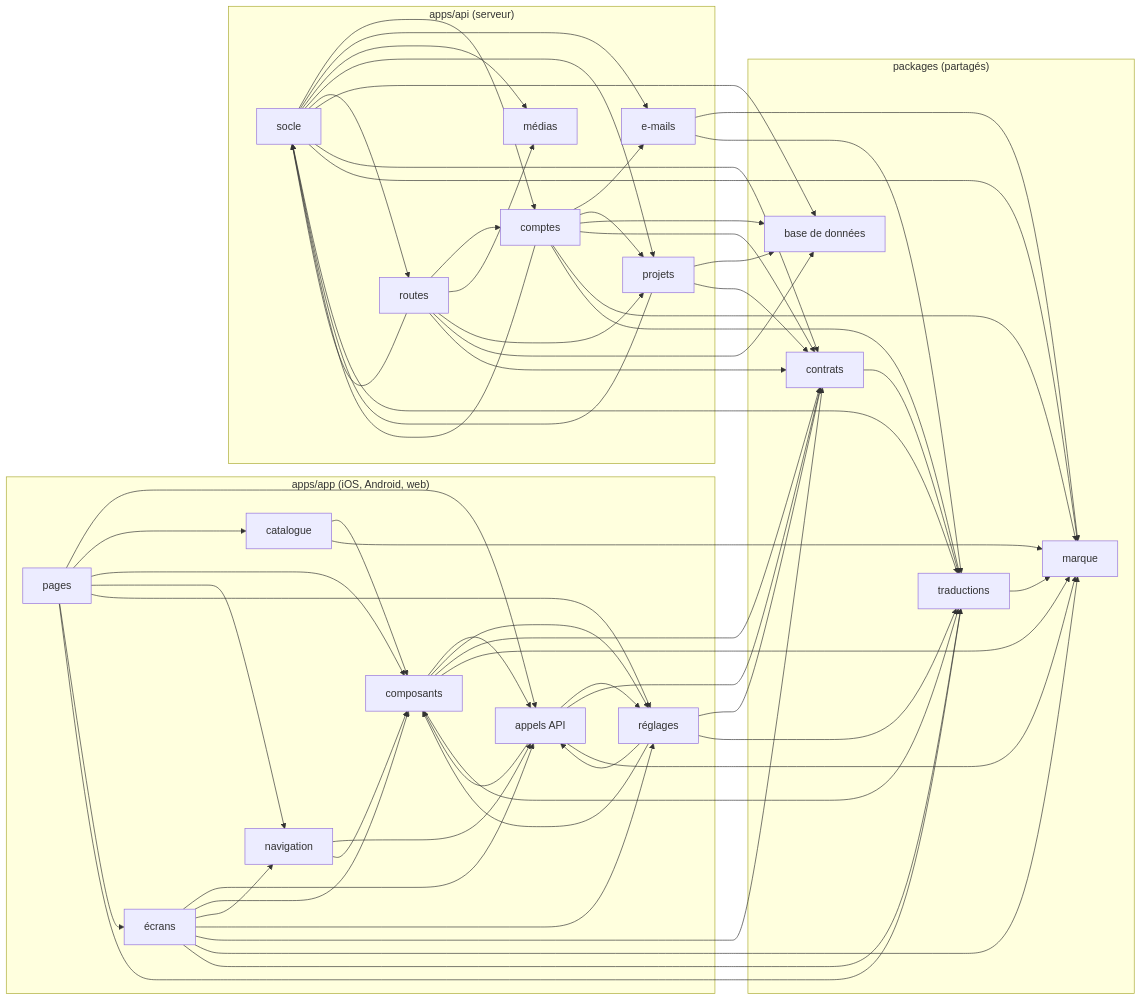
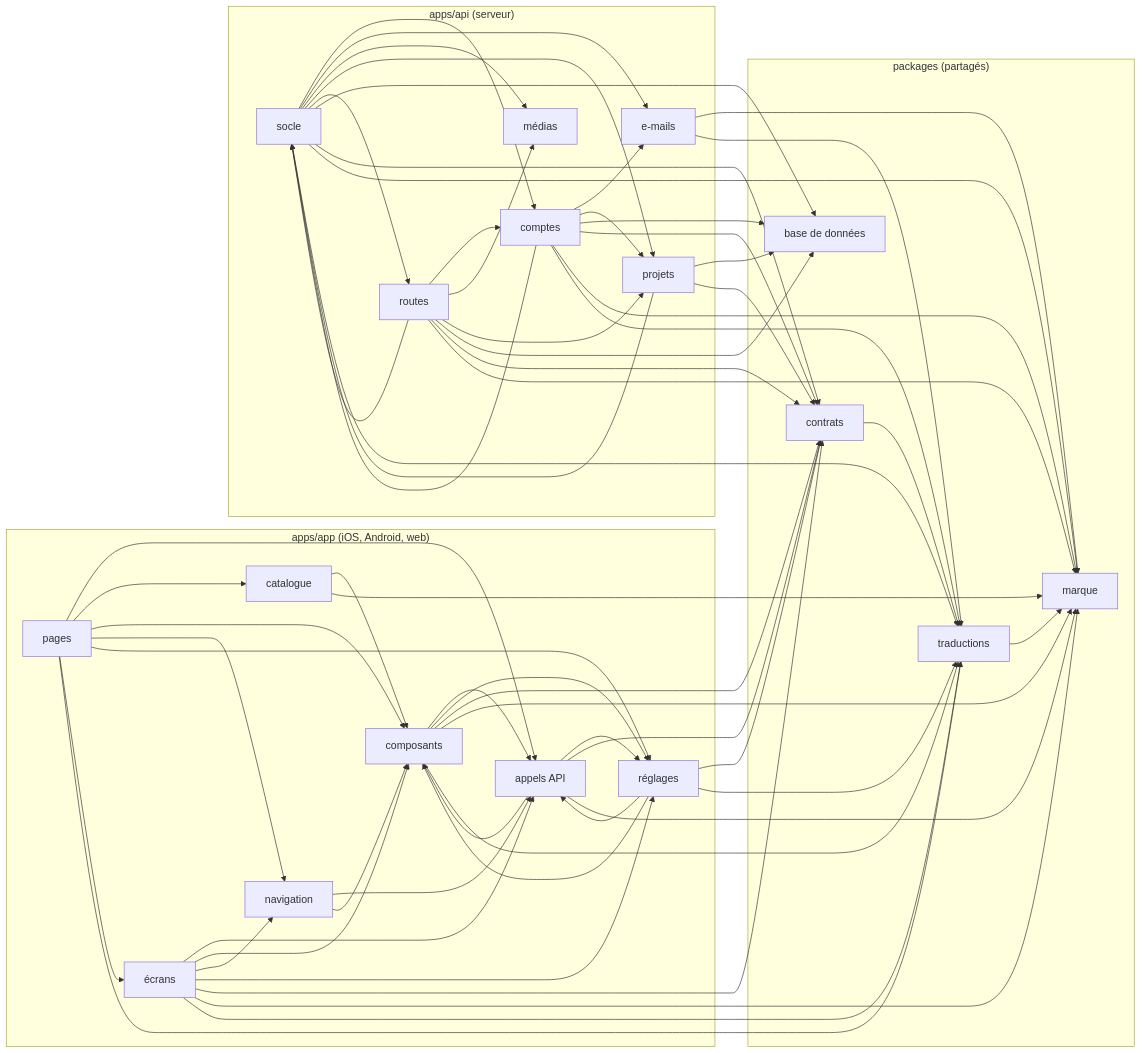
The diagram in docs/architecture/dependances.md (EthogramHQ/Waiggle), drawn with Mermaid before and after one commit. The commit also changed 17 other files, not shown here.

```diff
--- a/docs/architecture/dependances.md
+++ b/docs/architecture/dependances.md
@@ -47,6 +47,7 @@
   n8 --> n14
   n8 --> n16
   n8 --> n15
+  n8 --> n18
   n14 --> n9
   n14 --> n12
   n14 --> n11
```
